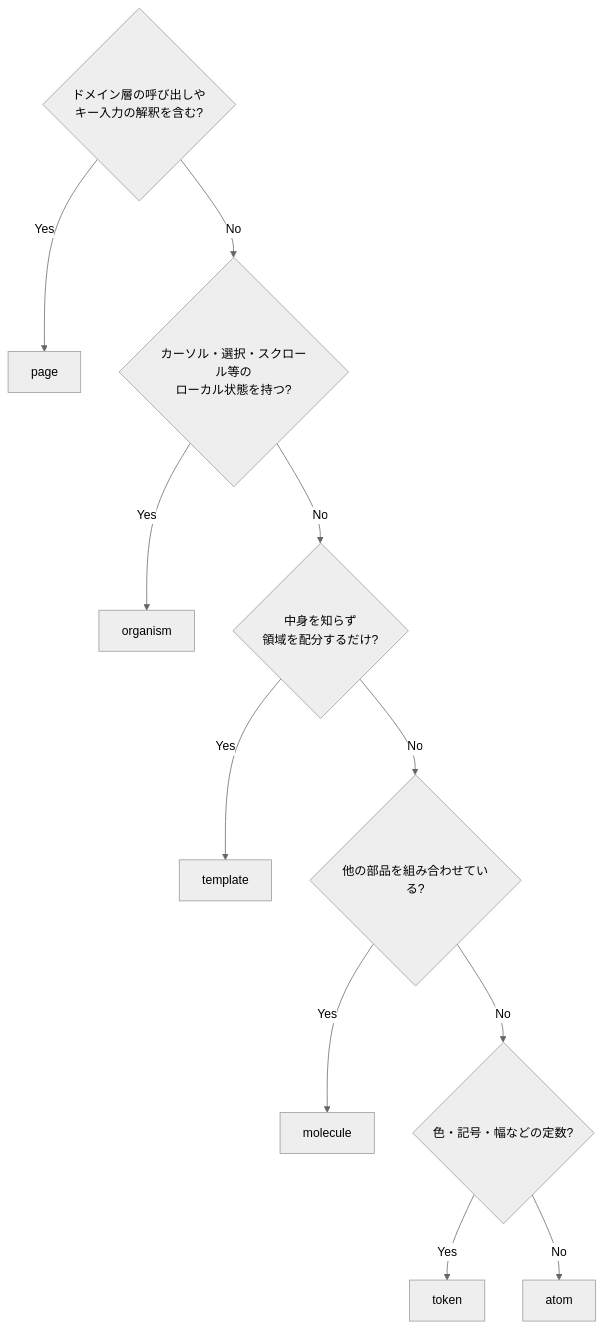
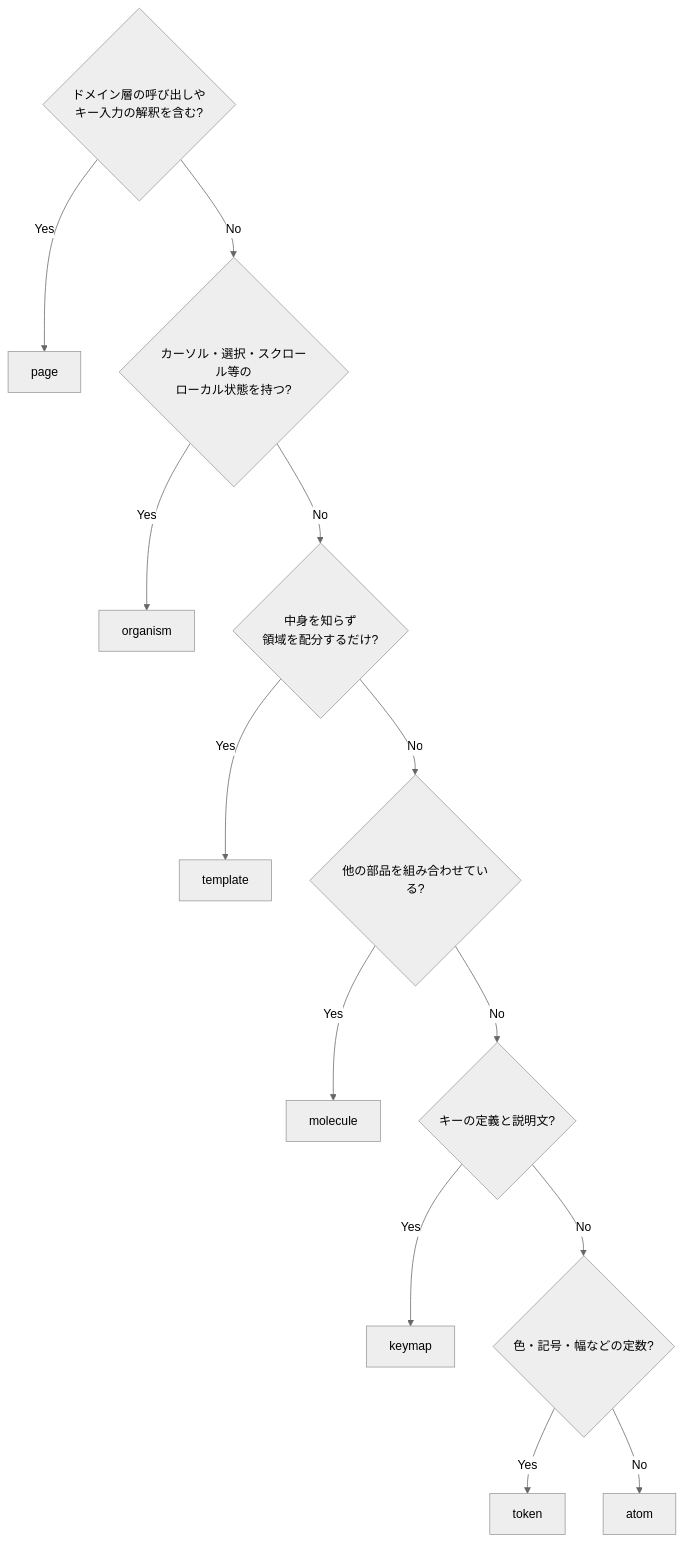
One commit to ousiassllc/gsr-helper changed the first of 2 diagrams in docs/ui/atomic-design.md. Above: the diagram before and after it, drawn with Mermaid (neutral theme). The commit also changed other lines of this file and 4 other files, not shown here.

````diff
--- a/docs/ui/atomic-design.md
+++ b/docs/ui/atomic-design.md
@@ -35,13 +36,15 @@
 ```mermaid
 graph TD
     Q1{ドメイン層の呼び出しや<br/>キー入力の解釈を含む?} -->|Yes| Page[page]
     Q1 -->|No| Q2{カーソル・選択・スクロール等の<br/>ローカル状態を持つ?}
     Q2 -->|Yes| Org[organism]
     Q2 -->|No| Q3{中身を知らず<br/>領域を配分するだけ?}
     Q3 -->|Yes| Tmpl[template]
     Q3 -->|No| Q4{他の部品を組み合わせている?}
     Q4 -->|Yes| Mol[molecule]
-    Q4 -->|No| Q5{色・記号・幅などの定数?}
-    Q5 -->|Yes| Tok[token]
-    Q5 -->|No| Atom[atom]
+    Q4 -->|No| Q5{キーの定義と説明文?}
+    Q5 -->|Yes| Key[keymap]
+    Q5 -->|No| Q6{色・記号・幅などの定数?}
+    Q6 -->|Yes| Tok[token]
+    Q6 -->|No| Atom[atom]
 ```
````
